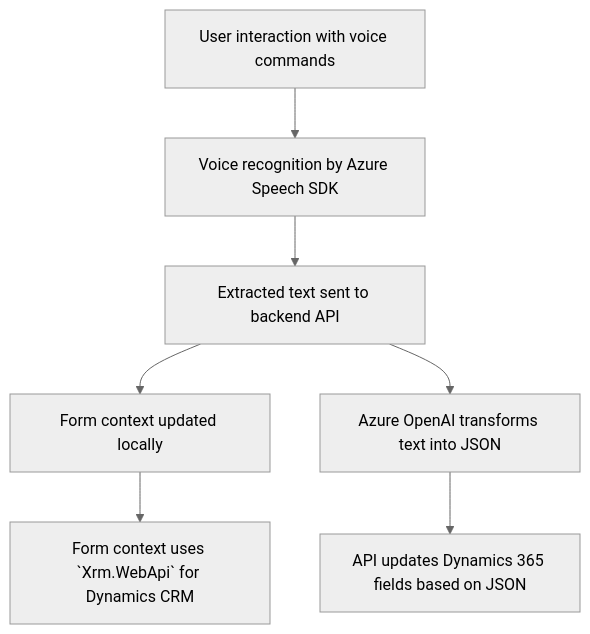
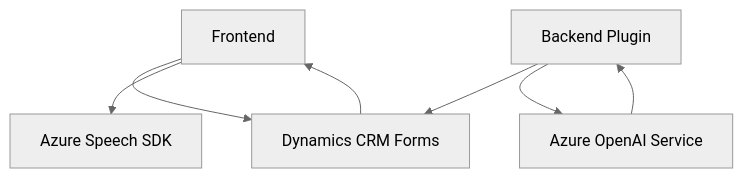
The diagram in README.md (blopezdm/NETCORE_BILBAO2025), drawn with Mermaid (neutral theme) before and after one commit. The commit also changed other lines of this file, not shown here.

````diff
--- a/README.md
+++ b/README.md
@@ -41,17 +48,15 @@
 ```mermaid
 graph TD
-    A["User interaction with voice commands"]
-    B["Voice recognition by Azure Speech SDK"]
-    C["Extracted text sent to backend API"]
-    D["Form context updated locally"]
-    E["Form context uses `Xrm.WebApi` for Dynamics CRM"]
-    F["Azure OpenAI transforms text into JSON"]
-    G["API updates Dynamics 365 fields based on JSON"]
+  A["Frontend"]
+  B["Backend Plugin"]
+  C["Dynamics CRM Forms"]
+  D["Azure Speech SDK"]
+  E["Azure OpenAI Service"]
 
-    A --> B
-    B --> C
-    C --> D
-    D --> E
-    C --> F
-    F --> G
+  A-->C
+  A-->D
+  C-->A
+  B-->C
+  B-->E
+  E-->B
 ```
````
